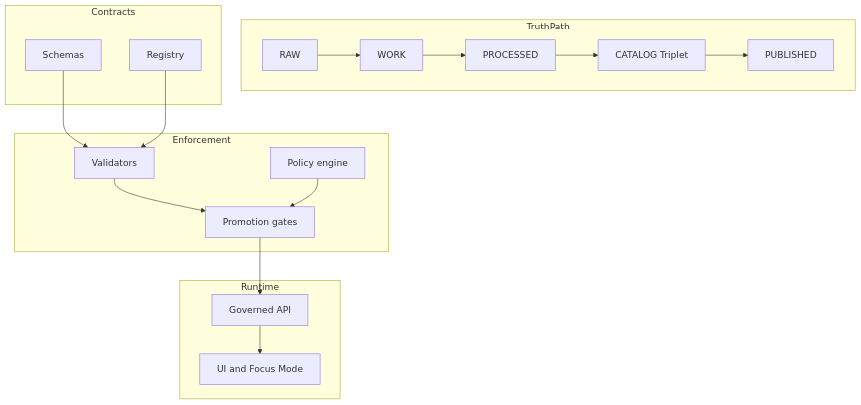
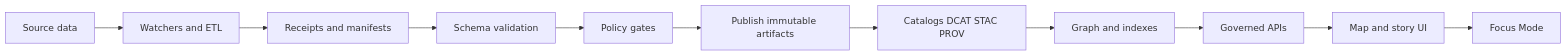
One commit to bartytime4life/Kansas-Frontier-Matrix changed the diagram in schemas/README.md. Above: the diagram before and after it, drawn with Mermaid. The commit also changed other lines of this file, not shown here.

````diff
--- a/schemas/README.md
+++ b/schemas/README.md
@@ -79,32 +104,13 @@
 ```mermaid
-flowchart TB
-  subgraph TruthPath
-    Z1[RAW]
-    Z2[WORK]
-    Z3[PROCESSED]
-    Z4[CATALOG Triplet]
-    Z5[PUBLISHED]
-  end
-
-  subgraph Contracts
-    S1[Schemas]
-    S2[Registry]
-  end
-
-  subgraph Enforcement
-    V1[Validators]
-    V2[Policy engine]
-    G1[Promotion gates]
-  end
-
-  subgraph Runtime
-    A1[Governed API]
-    U1[UI and Focus Mode]
-  end
-
-  Z1 --> Z2 --> Z3 --> Z4 --> Z5
-  S1 --> V1 --> G1
-  S2 --> V1
-  V2 --> G1
-  G1 --> A1 --> U1
+flowchart LR
+  S[Source data] --> W[Watchers and ETL]
+  W --> R[Receipts and manifests]
+  R --> V[Schema validation]
+  V --> G[Policy gates]
+  G --> P[Publish immutable artifacts]
+  P --> C[Catalogs DCAT STAC PROV]
+  C --> N[Graph and indexes]
+  N --> A[Governed APIs]
+  A --> U[Map and story UI]
+  U --> F[Focus Mode]
 ```
````
